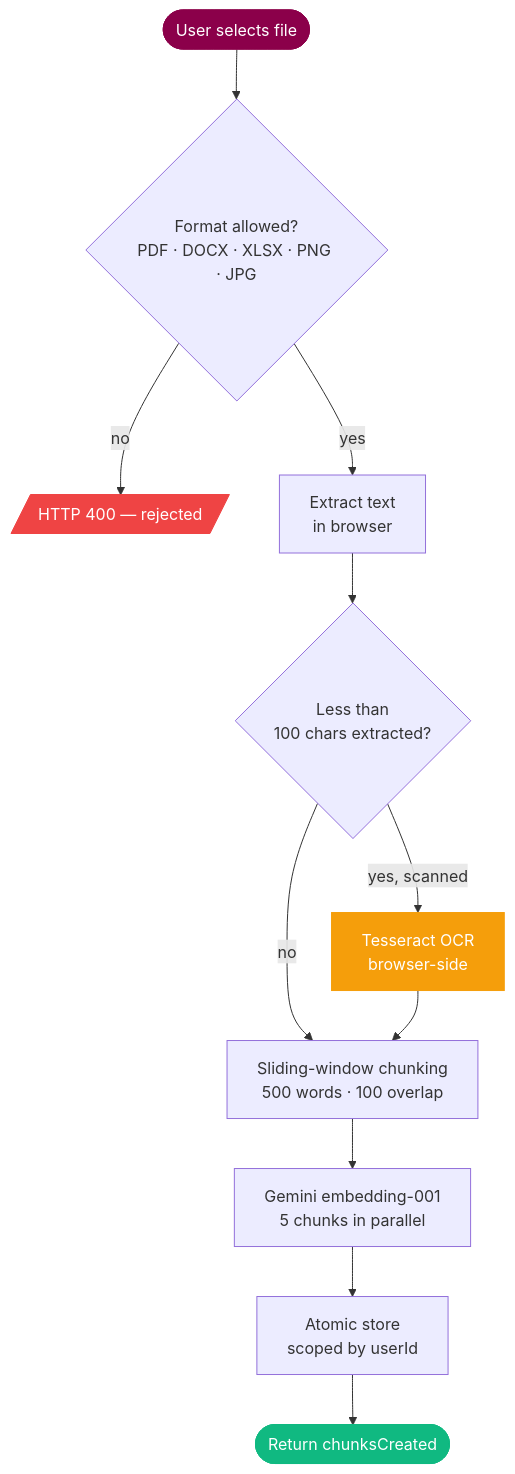
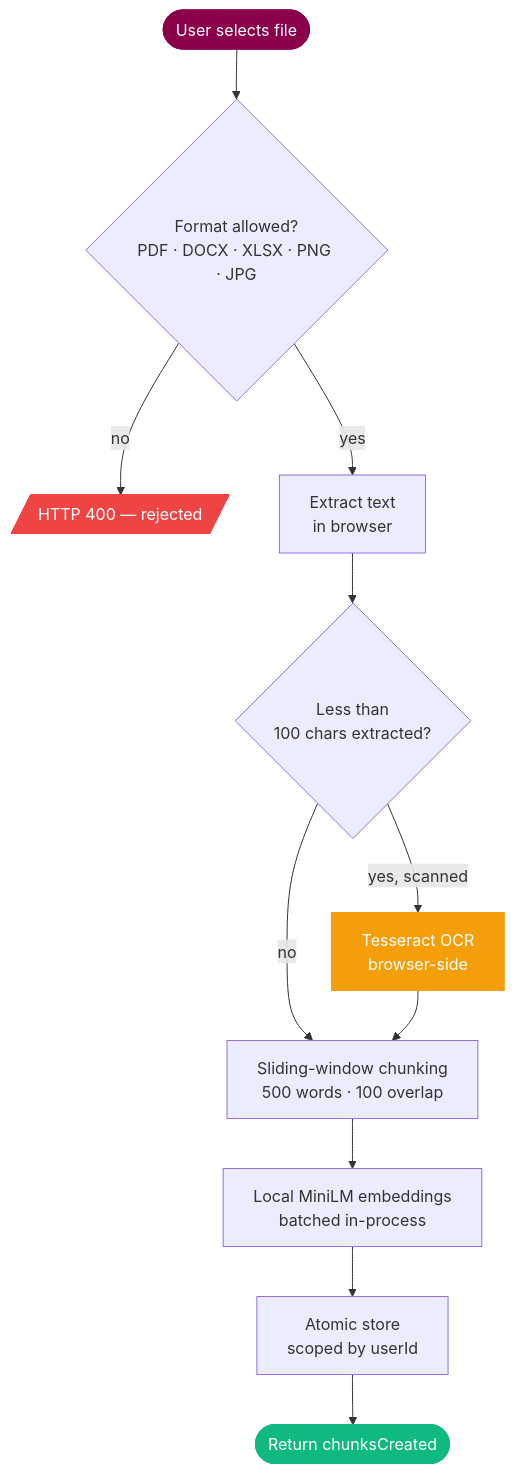
One commit to ADiTyaRaj8969/AsksDocs changed the second of 3 diagrams in README.md. Above: the diagram before and after it, drawn with Mermaid. The commit also changed other lines of this file, not shown here.

Commit message:
docs: update README to reflect Groq + local MiniLM stack

````diff
--- a/README.md
+++ b/README.md
@@ -90,18 +90,18 @@
 ```mermaid
 flowchart TD
   A([User selects file]) --> B{Format allowed?<br/>PDF · DOCX · XLSX · PNG · JPG}
   B -- no --> X[/HTTP 400 — rejected/]
   B -- yes --> C[Extract text<br/>in browser]
   C --> D{Less than<br/>100 chars extracted?}
   D -- yes, scanned --> E[Tesseract OCR<br/>browser-side]
   D -- no --> F
   E --> F[Sliding-window chunking<br/>500 words · 100 overlap]
-  F --> G[Gemini embedding-001<br/>5 chunks in parallel]
+  F --> G[Local MiniLM embeddings<br/>batched in-process]
   G --> H[Atomic store<br/>scoped by userId]
   H --> I([Return chunksCreated])
 
   style A fill:#8B004A,stroke:#8B004A,color:#fff
   style I fill:#10B981,stroke:#10B981,color:#fff
   style X fill:#EF4444,stroke:#EF4444,color:#fff
   style E fill:#F59E0B,stroke:#F59E0B,color:#fff
 ```
````
